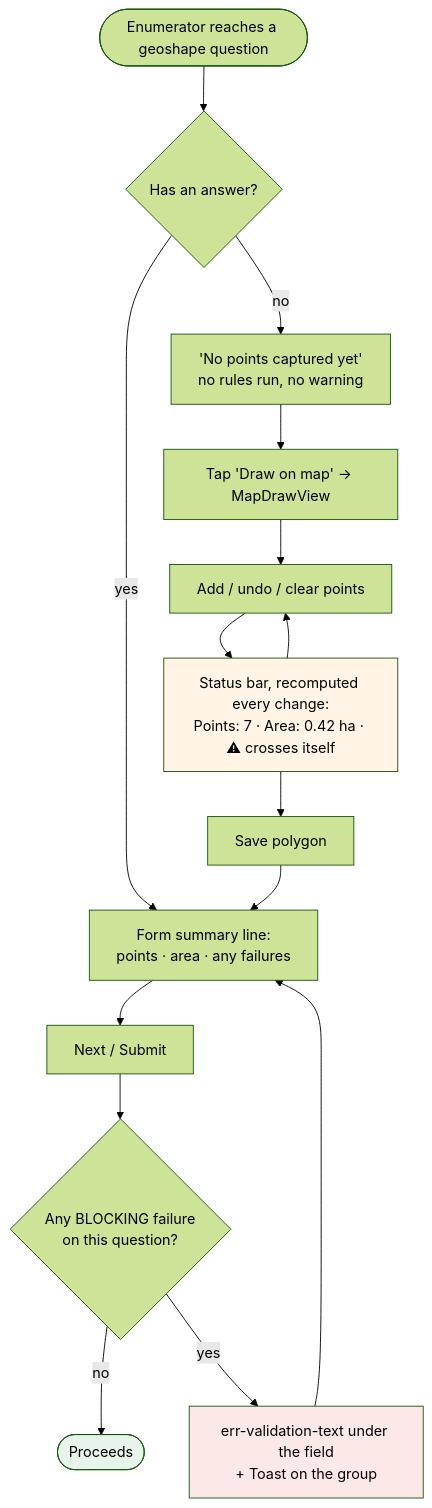
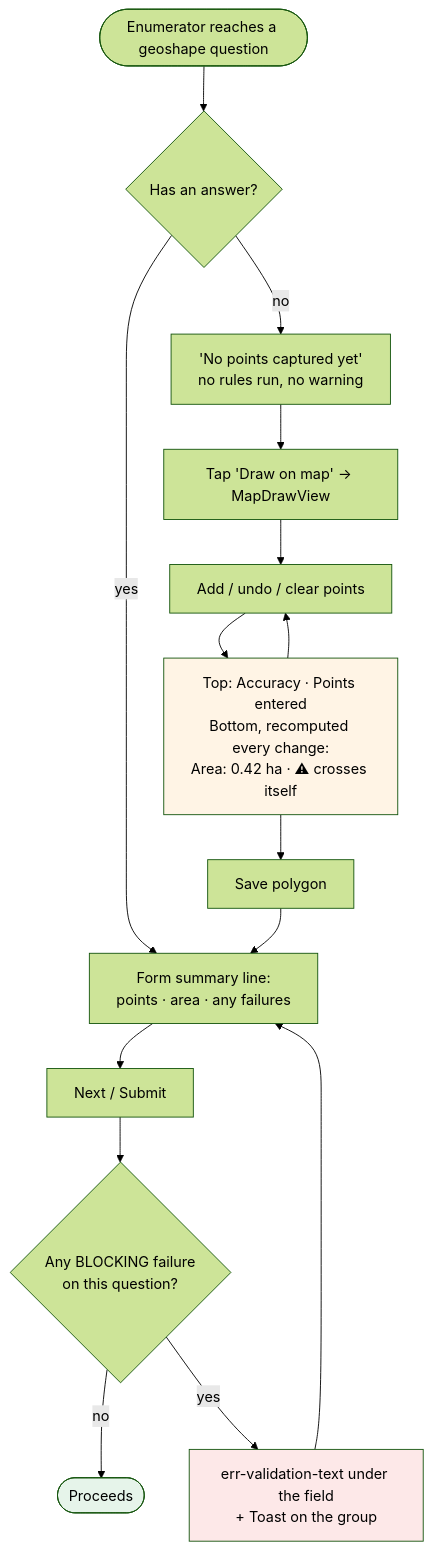
The first of 3 diagrams in doc/design/GEO-002-polygon-shape-validation.md (akvo/akvo-mis), drawn with Mermaid (forest theme) before and after one commit. The commit also changed other lines of this file and 19 other files, not shown here.

````diff
--- a/doc/design/GEO-002-polygon-shape-validation.md
+++ b/doc/design/GEO-002-polygon-shape-validation.md
@@ -85,23 +86,23 @@
 ```mermaid
 flowchart TD
   START([Enumerator reaches a geoshape question]) --> SEEN{"Has an answer?"}
   SEEN -- "no" --> IDLE["'No points captured yet'<br/>no rules run, no warning"]
   IDLE --> DRAW
   SEEN -- "yes" --> SUMMARY["Form summary line:<br/>points · area · any failures"]
 
   DRAW["Tap 'Draw on map' → MapDrawView"] --> ADD["Add / undo / clear points"]
-  ADD --> LIVE["Status bar, recomputed every change:<br/>Points: 7 · Area: 0.42 ha · ⚠ crosses itself"]
+  ADD --> LIVE["Top: Accuracy · Points entered<br/>Bottom, recomputed every change:<br/>Area: 0.42 ha · ⚠ crosses itself"]
   LIVE --> ADD
   LIVE --> SAVE["Save polygon"]
   SAVE --> SUMMARY
 
   SUMMARY --> NEXT["Next / Submit"]
   NEXT --> GATE{"Any BLOCKING failure<br/>on this question?"}
   GATE -- "no" --> PASS([Proceeds])
   GATE -- "yes" --> ERR["err-validation-text under the field<br/>+ Toast on the group"]
   ERR --> SUMMARY
 
   style LIVE fill:#fff4e5
   style ERR fill:#fde8e8
   style PASS fill:#e6f4ea
 ```
````
